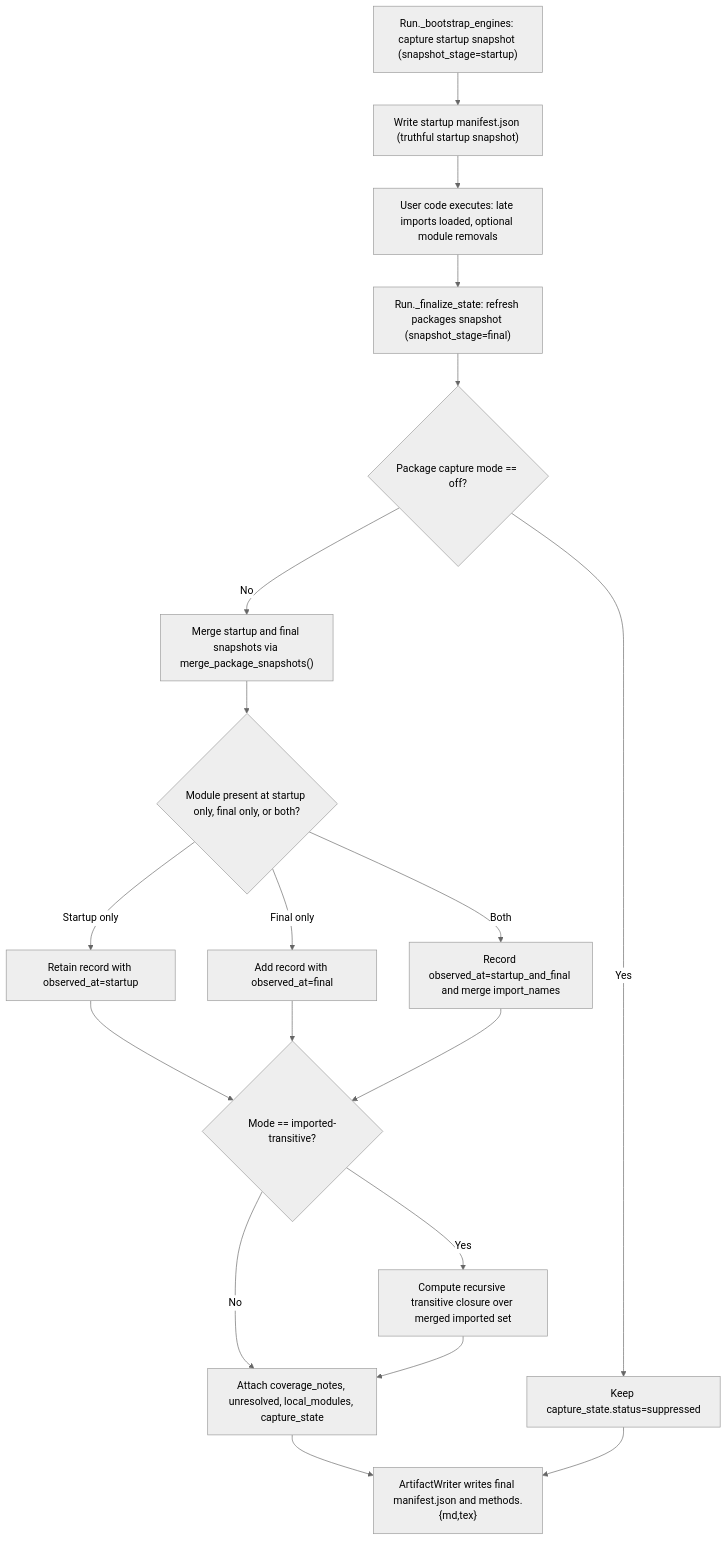
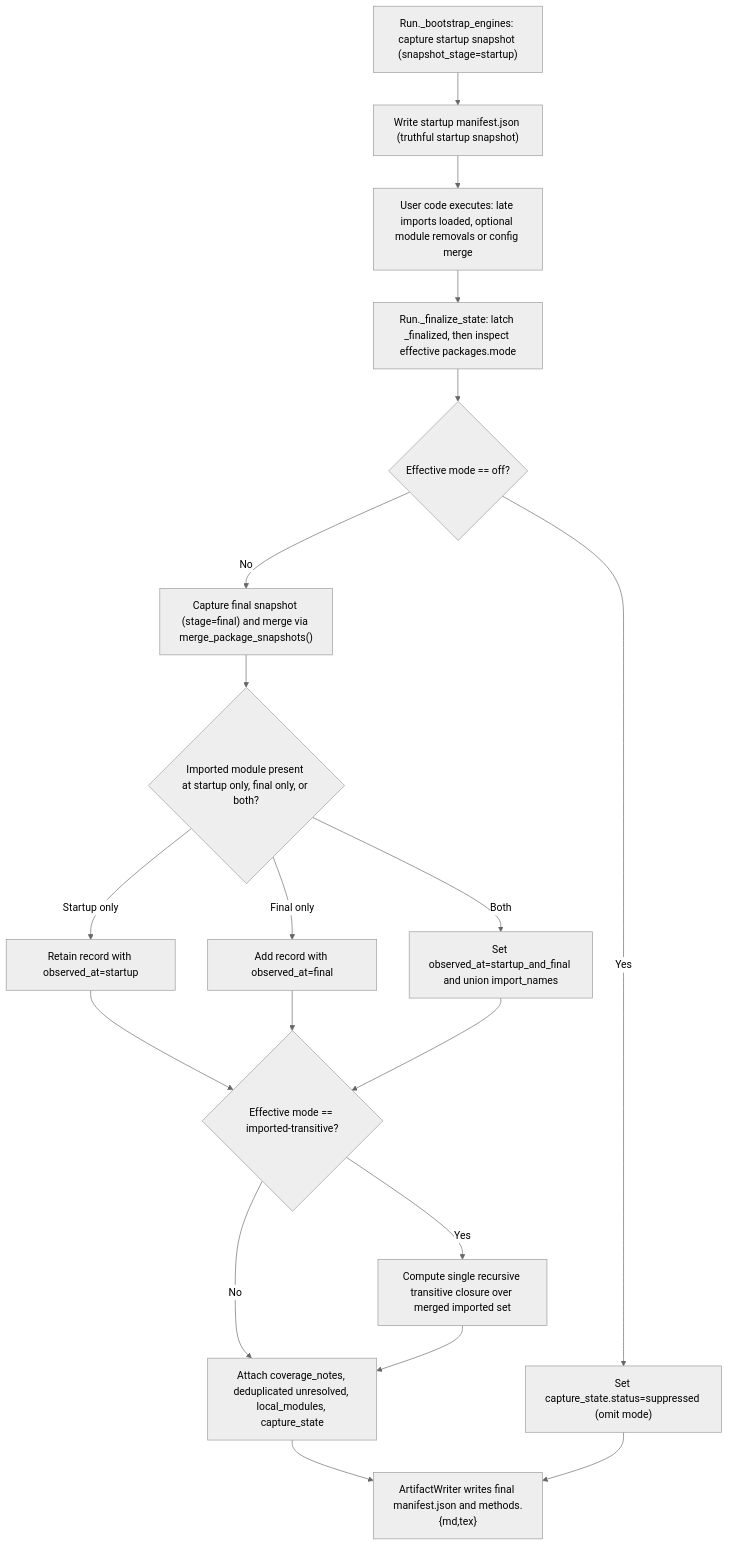
Before and after one commit to fariello/pubrun: the first of 2 diagrams in .aw/records/plans/pending/20261121-dep-capture-03-ijipnx-startup-to-finalization-package-merge-manifest-schema-and-re.ipd.md, drawn with Mermaid (neutral theme). The commit also changed other lines of this file and 1 other file, not shown here.

````diff
--- a/.aw/records/plans/pending/20261121-dep-capture-03-ijipnx-startup-to-finalization-package-merge-manifest-schema-and-re.ipd.md
+++ b/.aw/records/plans/pending/20261121-dep-capture-03-ijipnx-startup-to-finalization-package-merge-manifest-schema-and-re.ipd.md
@@ -36,21 +39,21 @@
 ```mermaid
 flowchart TD
     A["Run._bootstrap_engines: capture startup snapshot (snapshot_stage=startup)"] --> B["Write startup manifest.json (truthful startup snapshot)"]
-    B --> C["User code executes: late imports loaded, optional module removals"]
-    C --> D["Run._finalize_state: refresh packages snapshot (snapshot_stage=final)"]
-    D --> E{"Package capture mode == off?"}
-    E -->|Yes| F["Keep capture_state.status=suppressed"]
-    E -->|No| G["Merge startup and final snapshots via merge_package_snapshots()"]
-    G --> H{"Module present at startup only, final only, or both?"}
+    B --> C["User code executes: late imports loaded, optional module removals or config merge"]
+    C --> D["Run._finalize_state: latch _finalized, then inspect effective packages.mode"]
+    D --> E{"Effective mode == off?"}
+    E -->|Yes| F["Set capture_state.status=suppressed (omit mode)"]
+    E -->|No| G["Capture final snapshot (stage=final) and merge via merge_package_snapshots()"]
+    G --> H{"Imported module present at startup only, final only, or both?"}
     H -->|Startup only| I["Retain record with observed_at=startup"]
     H -->|Final only| J["Add record with observed_at=final"]
-    H -->|Both| K["Record observed_at=startup_and_final and merge import_names"]
-    I --> L{"Mode == imported-transitive?"}
+    H -->|Both| K["Set observed_at=startup_and_final and union import_names"]
+    I --> L{"Effective mode == imported-transitive?"}
     J --> L
     K --> L
-    L -->|Yes| M["Compute recursive transitive closure over merged imported set"]
-    L -->|No| N["Attach coverage_notes, unresolved, local_modules, capture_state"]
+    L -->|Yes| M["Compute single recursive transitive closure over merged imported set"]
+    L -->|No| N["Attach coverage_notes, deduplicated unresolved, local_modules, capture_state"]
     M --> N
     N --> O["ArtifactWriter writes final manifest.json and methods.{md,tex}"]
     F --> O
 ```
````
